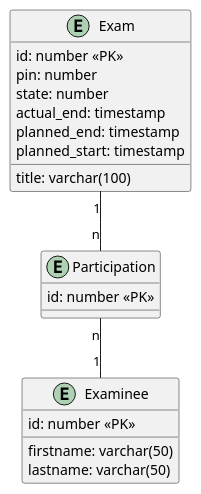
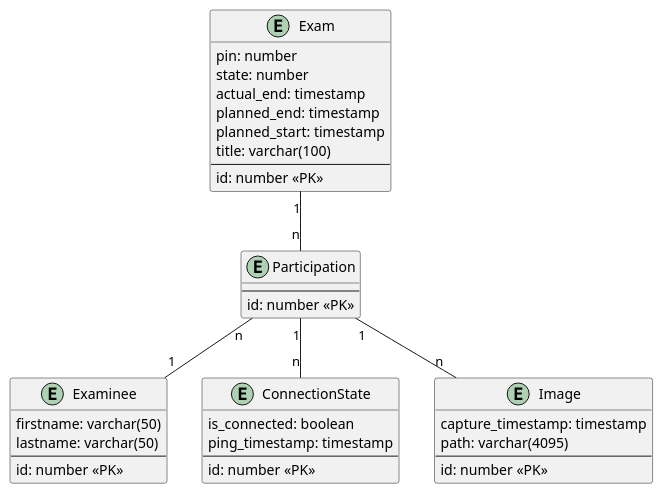
The diagram in asciidocs/slides/plantuml/erd.puml (2324-4bhif-syp/2324-4bhif-syp-project-franklyn), drawn with PlantUML before and after one commit. The commit also changed 1 other file, not shown here.

Commit message:
doc: update erd

```diff
--- a/asciidocs/slides/plantuml/erd.puml
+++ b/asciidocs/slides/plantuml/erd.puml
@@ -1,24 +1,43 @@
 @startuml
 entity Exam {
-    id: number <<PK>>
     pin: number
     state: number
     actual_end: timestamp
     planned_end: timestamp
     planned_start: timestamp
     title: varchar(100)
+    ---
+    id: number <<PK>>
 }
 
 entity Examinee {
-    id: number <<PK>>
     firstname: varchar(50)
     lastname: varchar(50)
+    ---
+    id: number <<PK>>
 }
 
 entity Participation {
+    ---
+    id: number <<PK>>
+}
+
+entity ConnectionState {
+    is_connected: boolean
+    ping_timestamp: timestamp
+    ---
+    id: number <<PK>>
+}
+
+entity Image {
+    capture_timestamp: timestamp
+    path: varchar(4095)
+    ---
     id: number <<PK>>
 }
 
 Exam "1" -- "n" Participation
 Participation "n" -- "1" Examinee
+Participation "1" -- "n" ConnectionState
+Participation "1" -- "n" Image
 @enduml
```
